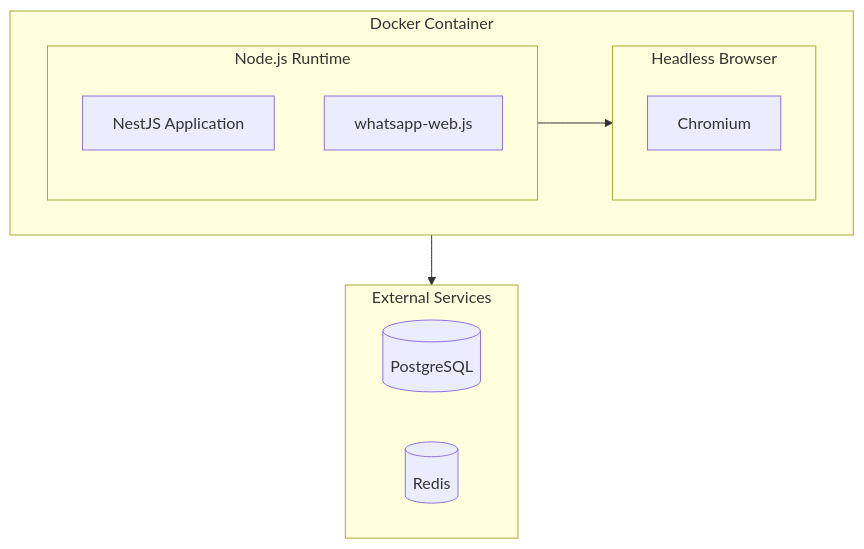
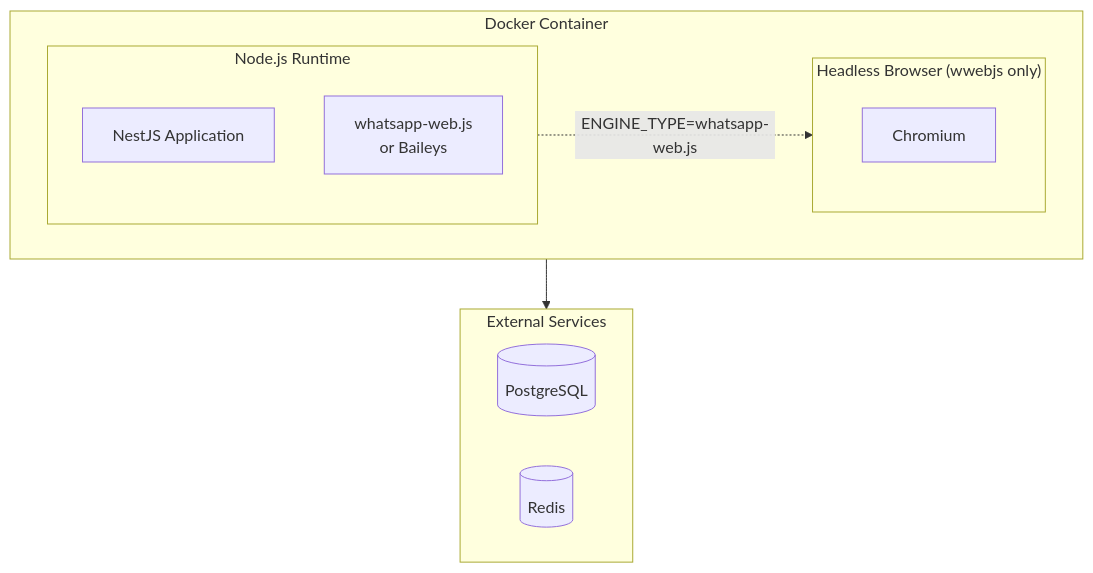
One commit to nourayman21k/OpenWA changed diagram 14 of 24 in docs/03-system-architecture.md. Above: the diagram before and after it, drawn with Mermaid. The commit also changed other lines of this file and 16 other files, not shown here.

````diff
--- a/docs/03-system-architecture.md
+++ b/docs/03-system-architecture.md
@@ -669,22 +668,22 @@
 ```mermaid
 flowchart TB
     subgraph Container["Docker Container"]
         subgraph Node["Node.js Runtime"]
             NEST[NestJS Application]
-            WW[whatsapp-web.js]
+            WW[whatsapp-web.js<br/>or Baileys]
         end
         
-        subgraph Browser["Headless Browser"]
+        subgraph Browser["Headless Browser (wwebjs only)"]
             CHROME[Chromium]
         end
         
-        Node --> Browser
+        Node -.->|ENGINE_TYPE=whatsapp-web.js| Browser
     end
     
     subgraph External["External Services"]
         PG[(PostgreSQL)]
         RD[(Redis)]
     end
     
     Container --> External
 ```
````
